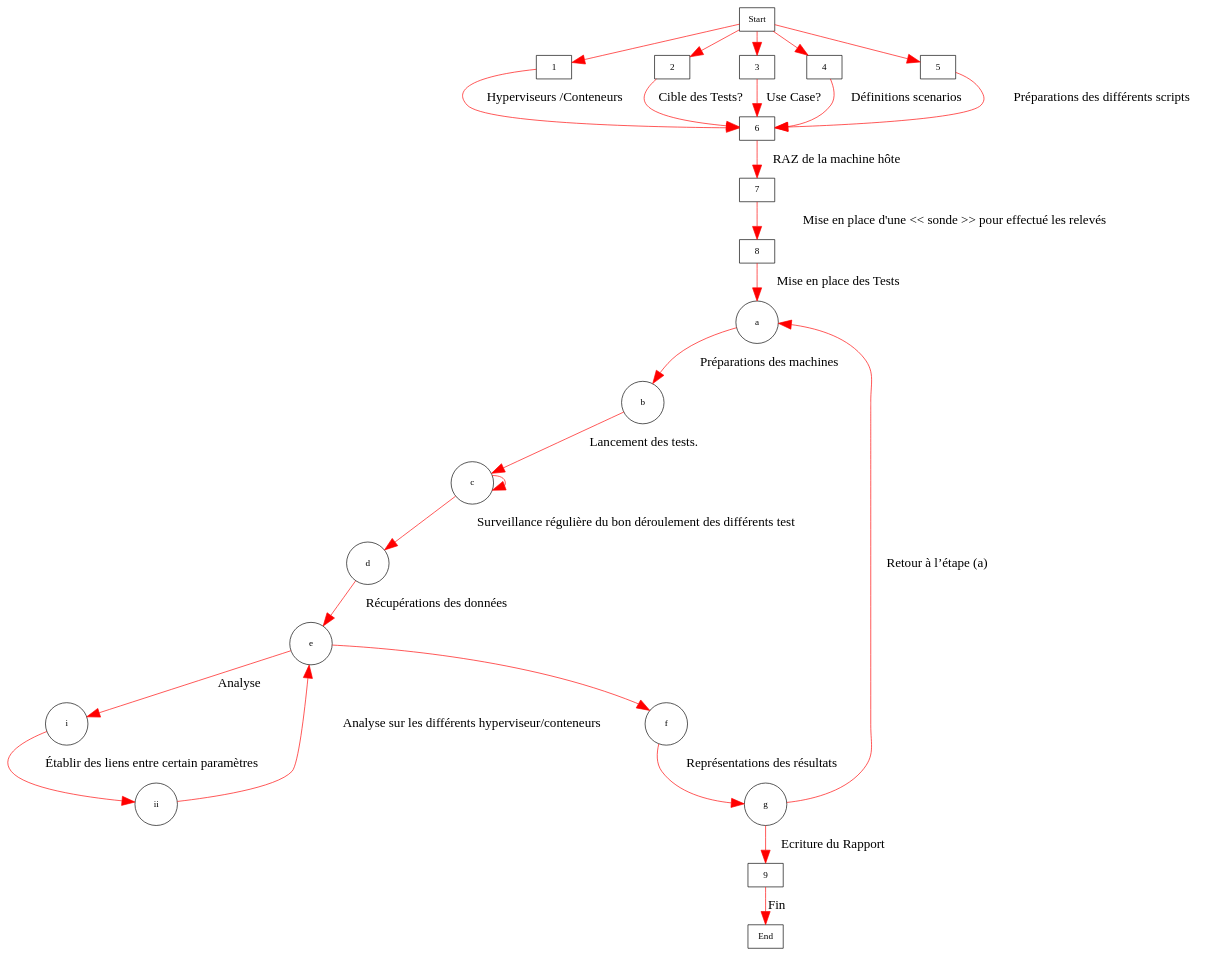
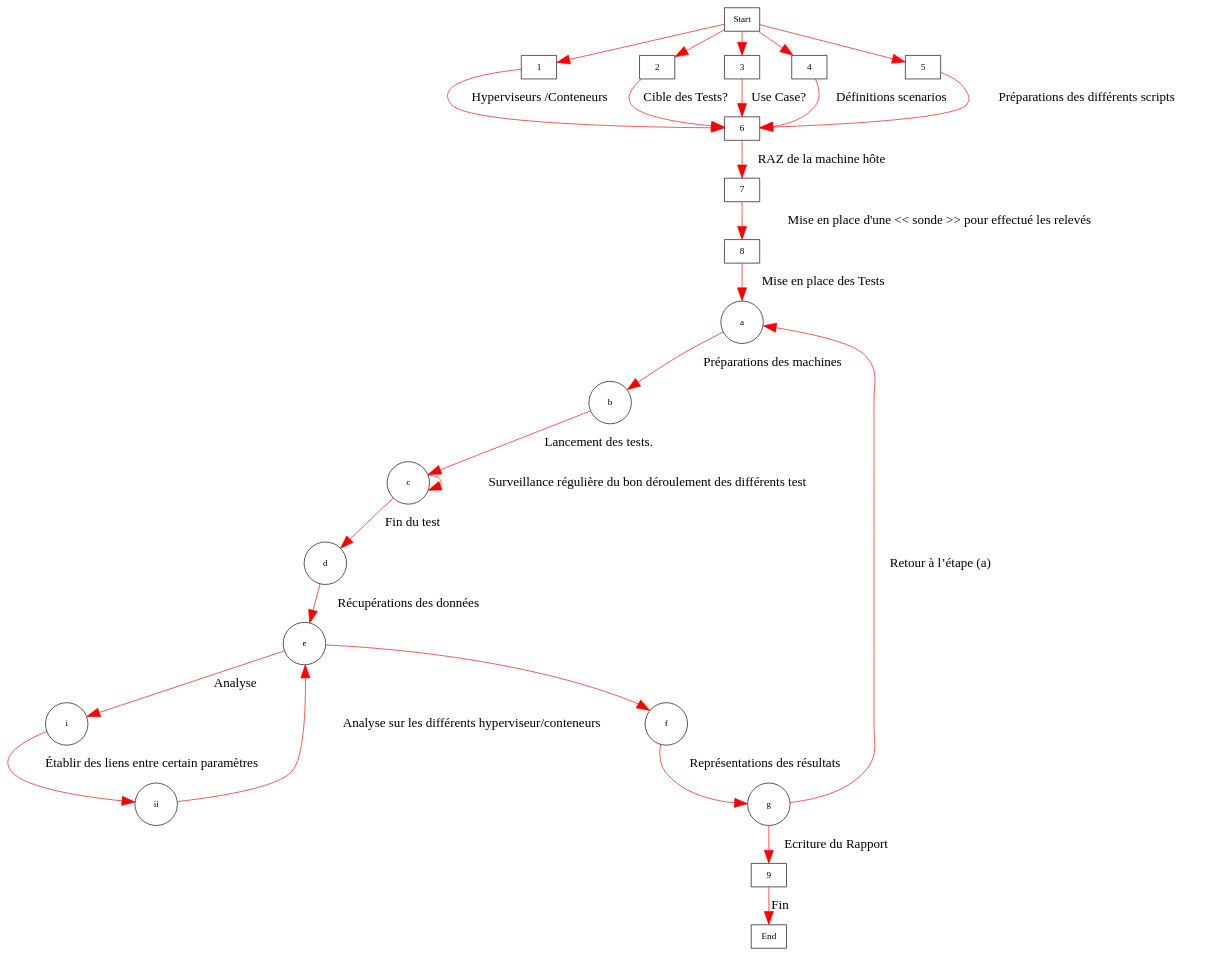
The diagram in 3_04_2017/picture4.dot (JoffreyHerard/Stage), drawn with Graphviz before and after one commit. The commit also changed 5 other files, not shown here.

```diff
--- a/3_04_2017/picture4.dot
+++ b/3_04_2017/picture4.dot
@@ -1,33 +1,33 @@
 digraph TrafficLights {
 
 node [shape=box];  Start; 1; 2; 3; 4; 5; 6; 7; 8; 9;End;
 node [shape=circle,fixedsize=true,width=0.9];  a; b; c; d; e; f; g;i;ii;
 edge [arrowsize=2, color=red]; 
 Start->1;
 Start->2;
 Start->3;
 Start->4;
 Start->5;
 1->6[ fontsize=20, label = "Hyperviseurs /Conteneurs" ];
 2->6[ fontsize=20, label = "Cible des Tests?" ];
 3->6[ fontsize=20, label = "Use Case? " ];
 4->6[ fontsize=20, label = "Définitions scenarios " ];
 5->6[ fontsize=20, label = "Préparations des différents scripts " ];
 6->7[ fontsize=20, label = "RAZ de la machine hôte" ];
 7->8[ fontsize=20, label = "Mise en place d'une << sonde >> pour effectué les relevés" ];
 8->a[ fontsize=20, label = "Mise en place des Tests " ];
 g->a[ fontsize=20,  label = " Retour à l’étape (a)" ];
 a->b[ fontsize=20, label = "Préparations des machines " ];
 b->c[ fontsize=20, label = "Lancement des tests." ];
-c->d[ fontsize=20, label = "Surveillance régulière du bon déroulement des différents test" ];
-c->c 
+c->d[ fontsize=20, label = "Fin du test " ];
+c->c [ fontsize=20, label = "Surveillance régulière du bon déroulement des différents test" ];
 d->e[ fontsize=20, label = "Récupérations des données" ];
 e->i[ fontsize=20, label = " Analyse" ];
 i->ii[ fontsize=20,  label = "Établir des liens entre certain paramètres" ];
 ii->e[ fontsize=20,  label = "Analyse sur les différents hyperviseur/conteneurs" ];
 e->f;
 f->g[ fontsize=20, label = "Représentations des résultats" ];
 g->9[ fontsize=20, label = "Ecriture du Rapport" ];
 9->End[ fontsize=20, label = "Fin" ];
 overlap=false;
 }
```
